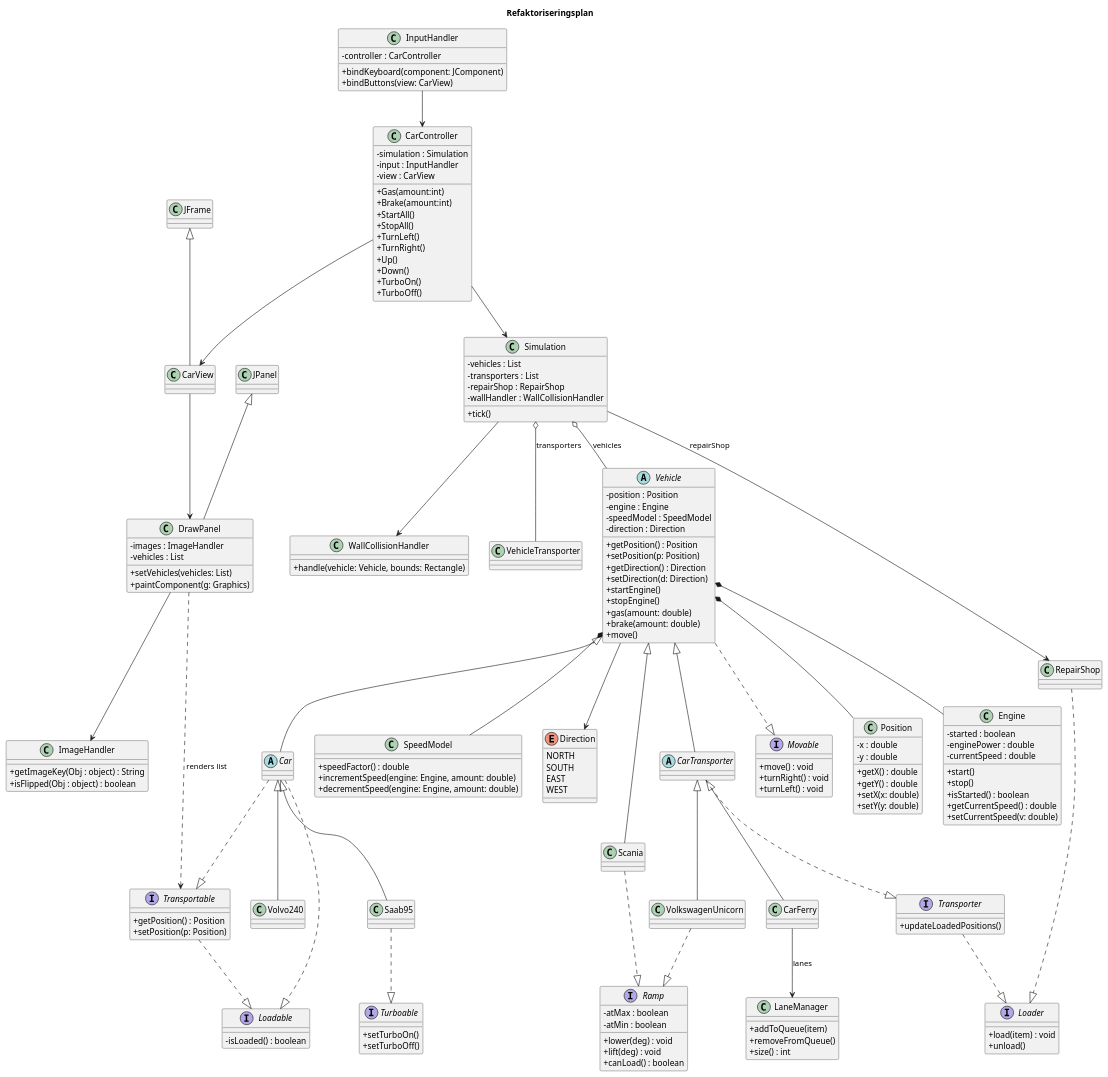
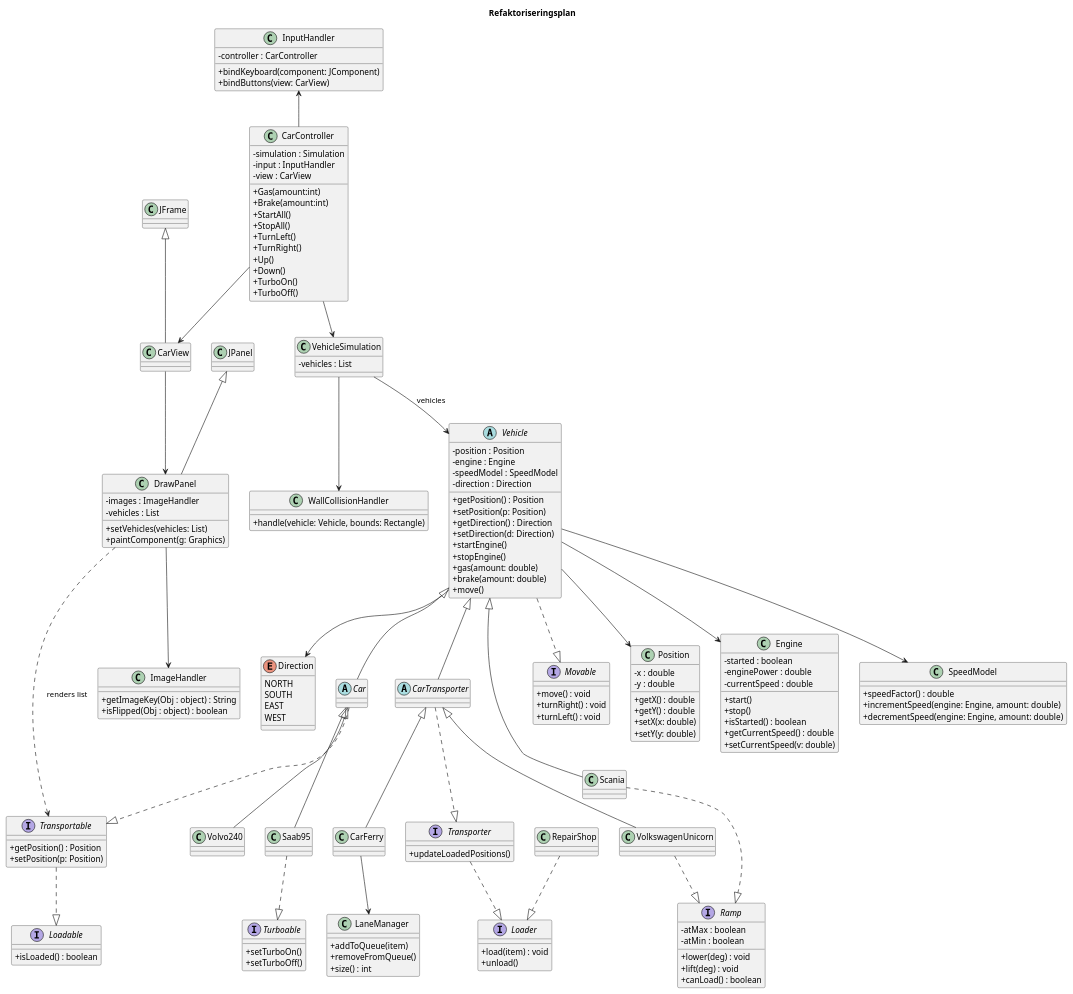
Before and after one commit to wat3rbottl/lab1: the diagram in src/Refactor.puml, drawn with PlantUML. The commit also changed 30 other files, not shown here.

Commit message:
Refactor: new handlers/interfaces, rename Ferry/RepairShop, update simulation

```diff
--- a/src/Refactor.puml
+++ b/src/Refactor.puml
@@ -12,7 +12,7 @@
 }
 
 interface Loadable{
-  - isLoaded() : boolean
+  + isLoaded() : boolean
 }
 
 interface Loader{
@@ -119,12 +119,8 @@
 ' =========================
 ' Simulation & rules
 ' =========================
-class Simulation {
+class VehicleSimulation {
   - vehicles : List
-  - transporters : List
-  - repairShop : RepairShop
-  - wallHandler : WallCollisionHandler
-  + tick()
 }
 
 class WallCollisionHandler {
@@ -174,13 +170,18 @@
 ' Relationships
 ' =========================
 
-' Composition of Vehicle
-Vehicle *-- Position
-Vehicle *-- Engine
-Vehicle *-- SpeedModel
+' Komposition
+Vehicle --> Position
+Vehicle --> Engine
+Vehicle --> SpeedModel
 Vehicle --> Direction
+CarController --> VehicleSimulation
+CarController --> CarView
+InputHandler <-- CarController
 
-' Inheritance
+
+
+' Generalisering
 Vehicle <|-- Car
 Car <|-- Volvo240
 Car <|-- Saab95
@@ -188,41 +189,34 @@
 CarTransporter <|-- VolkswagenUnicorn
 CarTransporter <|-- CarFerry
 Vehicle <|-- Scania
+' Ferry uses LaneManager
+CarFerry --> LaneManager
 
 
-' Realizations
+' Realisering
 CarTransporter ..|> Transporter
 RepairShop ..|> Loader
 Saab95 ..|> Turboable
 Scania ..|> Ramp
 VolkswagenUnicorn ..|> Ramp
-Car ..|> Loadable
 Car ..|> Transportable
 Vehicle ..|> Movable
 Transporter ..|> Loader
 Transportable ..|> Loadable
 
 
-' Ferry uses LaneManager
-CarFerry --> LaneManager : lanes
 
-' Simulation owns rule handler and aggregates world objects
-Simulation --> WallCollisionHandler
-Simulation o-- Vehicle : vehicles
-Simulation o-- VehicleTransporter : transporters
-Simulation --> RepairShop : repairShop
+
+VehicleSimulation --> WallCollisionHandler
+VehicleSimulation --> Vehicle : vehicles
 
 ' GUI
 JFrame <|-- CarView
 JPanel <|-- DrawPanel
 
-CarController --> Simulation
-CarController --> CarView
-
-InputHandler --> CarController
-
 DrawPanel --> ImageHandler
 DrawPanel ..> Transportable : renders list
+
 
 CarView --> DrawPanel
 
```
